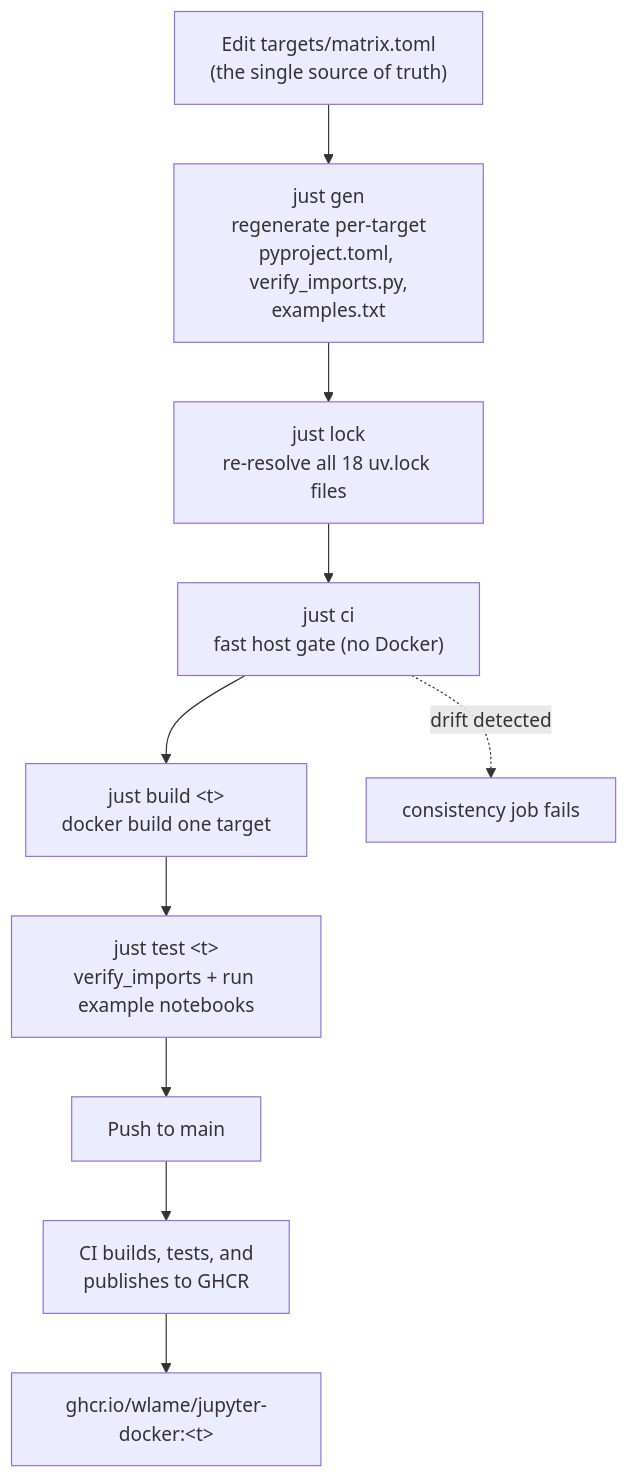
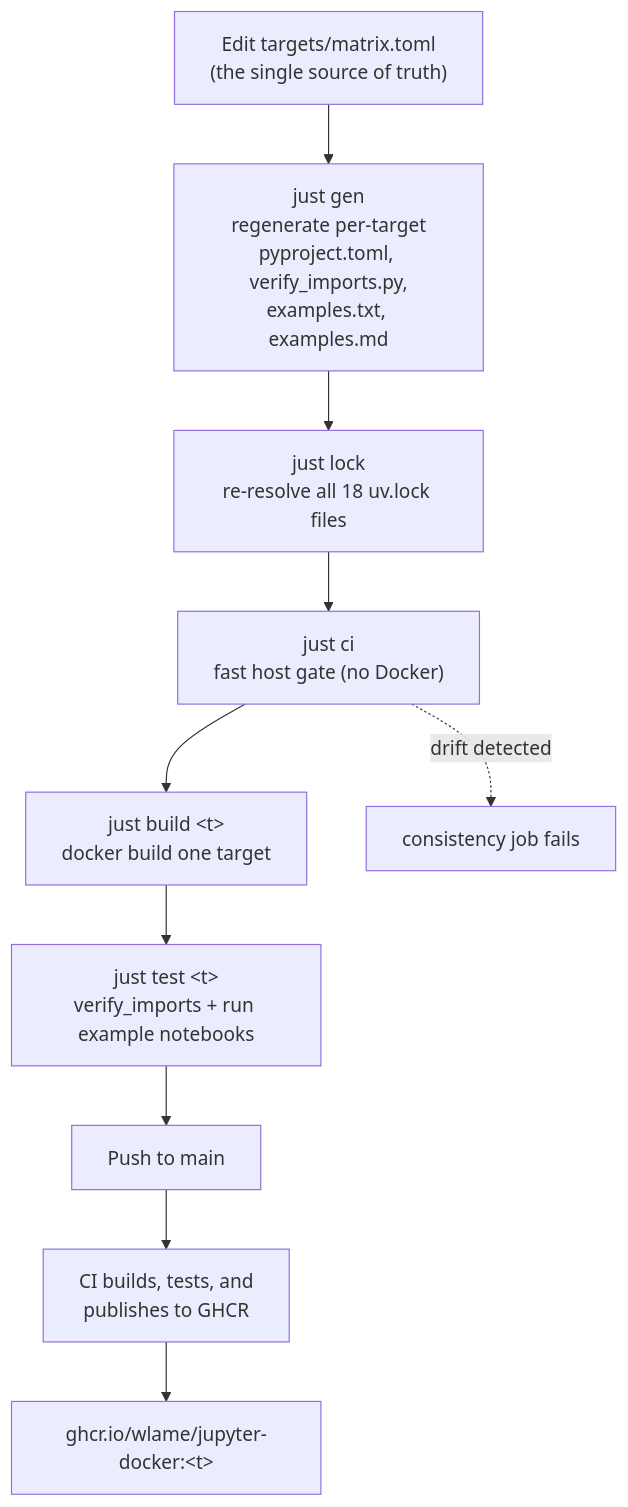
One commit to wlame/jupyter-docker changed the diagram in docs/concepts/data-flow.md. Above: the diagram before and after it, drawn with Mermaid. The commit also changed other lines of this file and 71 other files, not shown here.

Commit message:
Ship a README with each image's examples and add twelve new examples, one per image.

````diff
--- a/docs/concepts/data-flow.md
+++ b/docs/concepts/data-flow.md
@@ -16,14 +16,14 @@
 ```mermaid
 flowchart TD
     edit["Edit targets/matrix.toml<br/>(the single source of truth)"]
-    edit --> gen["just gen<br/>regenerate per-target<br/>pyproject.toml, verify_imports.py,<br/>examples.txt"]
+    edit --> gen["just gen<br/>regenerate per-target<br/>pyproject.toml, verify_imports.py,<br/>examples.txt, examples.md"]
     gen --> lock["just lock<br/>re-resolve all 18 uv.lock files"]
     lock --> ci["just ci<br/>fast host gate (no Docker)"]
     ci --> build["just build &lt;t&gt;<br/>docker build one target"]
     build --> test["just test &lt;t&gt;<br/>verify_imports + run example notebooks"]
     test --> push["Push to main"]
     push --> cicd["CI builds, tests, and<br/>publishes to GHCR"]
     cicd --> ghcr["ghcr.io/wlame/jupyter-docker:&lt;t&gt;"]
 
     ci -.->|"drift detected"| fail["consistency job fails"]
 ```
````
